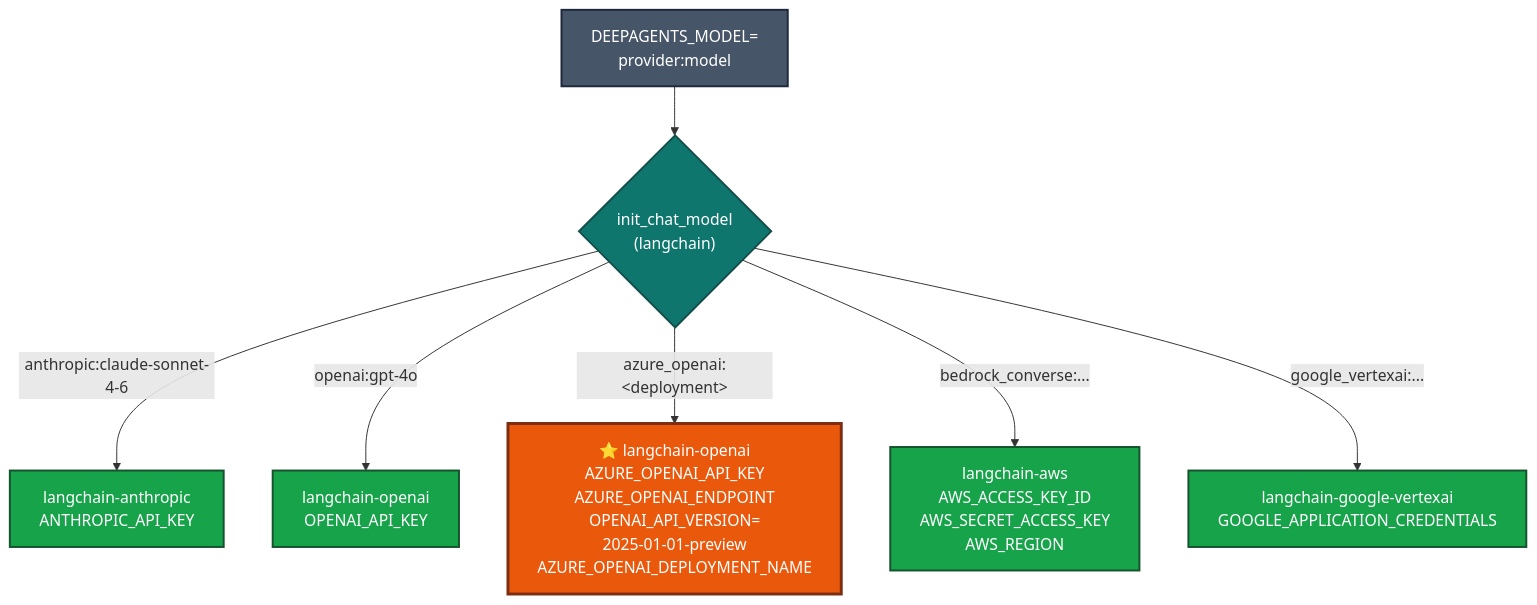
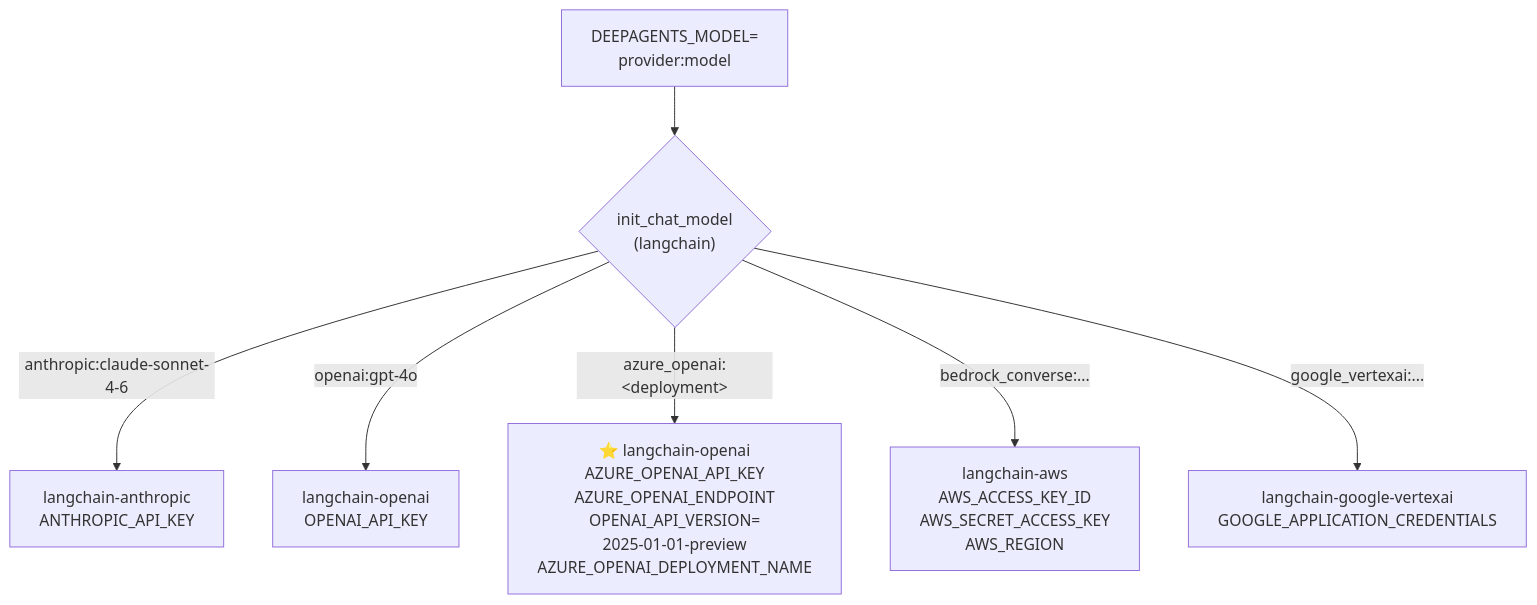
Before and after one commit to tykimos/harness2deepagents: the sixth of 10 diagrams in README.md, drawn with Mermaid. The commit also changed other lines of this file and 1 other file, not shown here.

First line of the commit message:
style(readme): drop mermaid color styling, use default theme

````diff
--- a/README.md
+++ b/README.md
@@ -271,17 +247,13 @@
 ```mermaid
 flowchart TB
-    classDef envvar fill:#475569,color:#fff,stroke:#1e293b,stroke-width:2px
-    classDef router fill:#0f766e,color:#fff,stroke:#134e4a,stroke-width:2px
-    classDef provider fill:#16a34a,color:#fff,stroke:#14532d,stroke-width:2px
-    classDef azure fill:#ea580c,color:#fff,stroke:#7c2d12,stroke-width:3px
 
-    Env["DEEPAGENTS_MODEL=<br/>provider:model"]:::envvar
+    Env["DEEPAGENTS_MODEL=<br/>provider:model"]
 
-    Env --> Router{"init_chat_model<br/>(langchain)"}:::router
+    Env --> Router{"init_chat_model<br/>(langchain)"}
 
-    Router -->|"anthropic:claude-sonnet-4-6"| Anth["langchain-anthropic<br/>ANTHROPIC_API_KEY"]:::provider
-    Router -->|"openai:gpt-4o"| Oai["langchain-openai<br/>OPENAI_API_KEY"]:::provider
-    Router -->|"azure_openai:&lt;deployment&gt;"| Az["⭐ langchain-openai<br/>AZURE_OPENAI_API_KEY<br/>AZURE_OPENAI_ENDPOINT<br/>OPENAI_API_VERSION=<br/>2025-01-01-preview<br/>AZURE_OPENAI_DEPLOYMENT_NAME"]:::azure
-    Router -->|"bedrock_converse:..."| Bed["langchain-aws<br/>AWS_ACCESS_KEY_ID<br/>AWS_SECRET_ACCESS_KEY<br/>AWS_REGION"]:::provider
-    Router -->|"google_vertexai:..."| Vx["langchain-google-vertexai<br/>GOOGLE_APPLICATION_CREDENTIALS"]:::provider
+    Router -->|"anthropic:claude-sonnet-4-6"| Anth["langchain-anthropic<br/>ANTHROPIC_API_KEY"]
+    Router -->|"openai:gpt-4o"| Oai["langchain-openai<br/>OPENAI_API_KEY"]
+    Router -->|"azure_openai:&lt;deployment&gt;"| Az["⭐ langchain-openai<br/>AZURE_OPENAI_API_KEY<br/>AZURE_OPENAI_ENDPOINT<br/>OPENAI_API_VERSION=<br/>2025-01-01-preview<br/>AZURE_OPENAI_DEPLOYMENT_NAME"]
+    Router -->|"bedrock_converse:..."| Bed["langchain-aws<br/>AWS_ACCESS_KEY_ID<br/>AWS_SECRET_ACCESS_KEY<br/>AWS_REGION"]
+    Router -->|"google_vertexai:..."| Vx["langchain-google-vertexai<br/>GOOGLE_APPLICATION_CREDENTIALS"]
 ```
````
